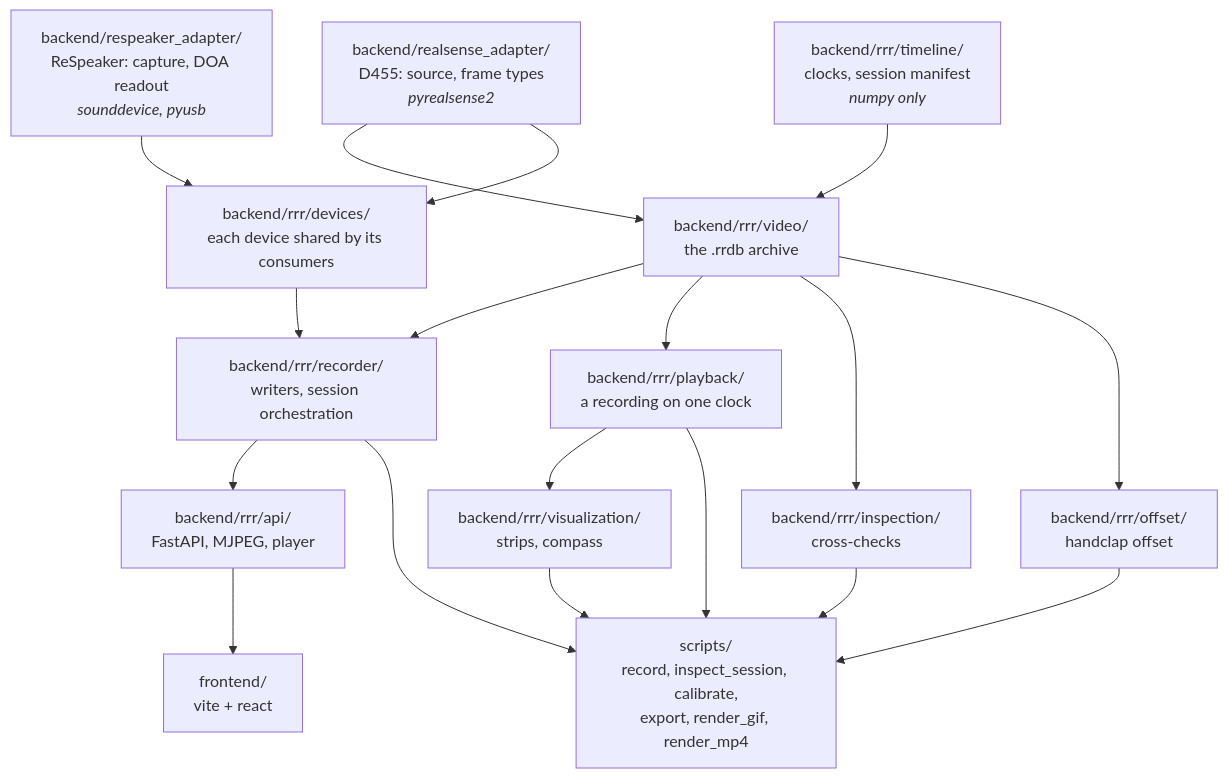
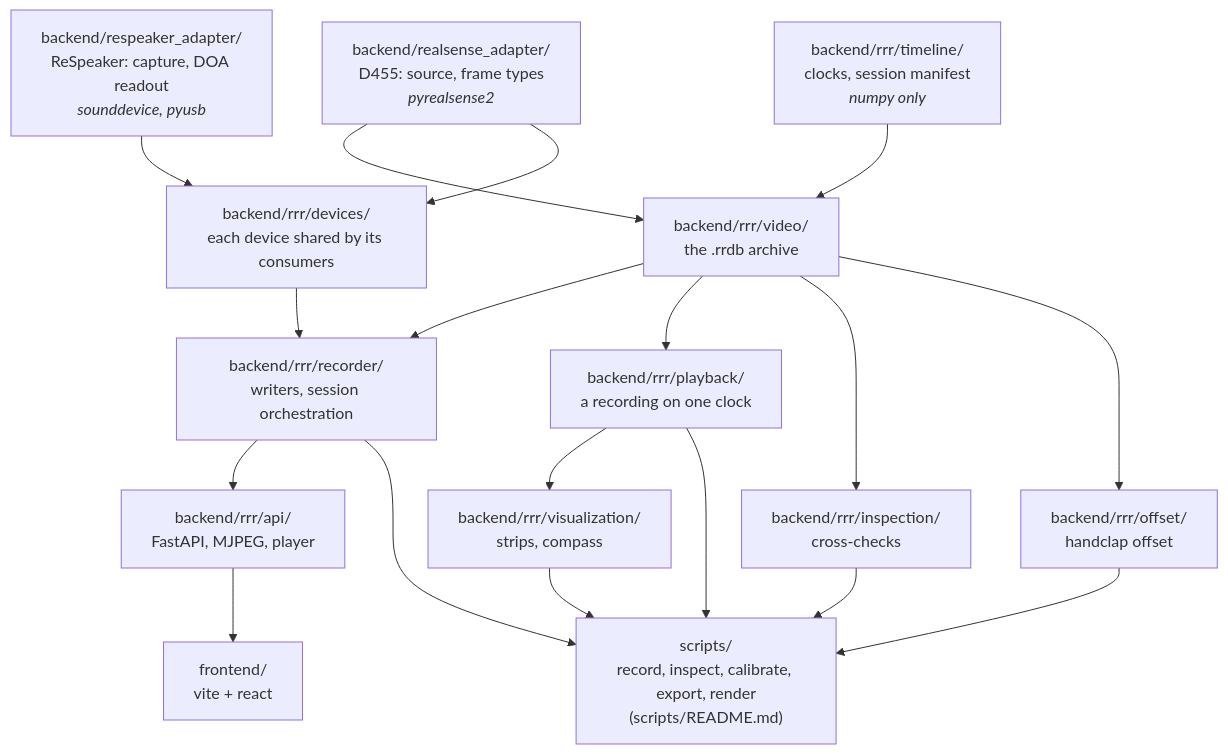
The first of 2 diagrams in docs/design.md (tkanek0/rererecorder), drawn with Mermaid before and after one commit. The commit also changed other lines of this file and 5 other files, not shown here.

````diff
--- a/docs/design.md
+++ b/docs/design.md
@@ -37,33 +37,33 @@
 ```mermaid
 flowchart TD
     T["backend/rrr/timeline/<br/>clocks, session manifest<br/><i>numpy only</i>"]
     D["backend/realsense_adapter/<br/>D455: source, frame types<br/><i>pyrealsense2</i>"]
     V["backend/rrr/video/<br/>the .rrdb archive"]
     E["backend/rrr/devices/<br/>each device shared by its consumers"]
     A["backend/respeaker_adapter/<br/>ReSpeaker: capture, DOA readout<br/><i>sounddevice, pyusb</i>"]
     R["backend/rrr/recorder/<br/>writers, session orchestration"]
     S["backend/rrr/api/<br/>FastAPI, MJPEG, player"]
     P["backend/rrr/playback/<br/>a recording on one clock"]
     N["backend/rrr/inspection/<br/>cross-checks"]
     O["backend/rrr/offset/<br/>handclap offset"]
     Z["backend/rrr/visualization/<br/>strips, compass"]
-    X["scripts/<br/>record, inspect_session, calibrate,<br/>export, render_gif, render_mp4"]
+    X["scripts/<br/>record, inspect, calibrate, export, render<br/>(scripts/README.md)"]
     W["frontend/<br/>vite + react"]
     T --> V
     D --> V
     D --> E
     A --> E
     E --> R
     V --> R
     R --> S
     S --> W
     V --> P
     V --> N
     V --> O
     P --> Z
     R --> X
     N --> X
     O --> X
     P --> X
     Z --> X
 ```
````
